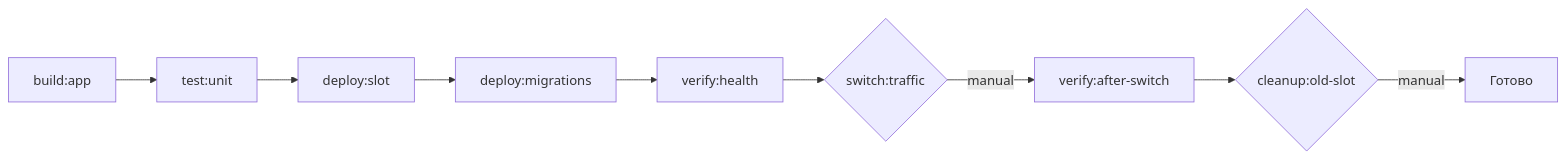
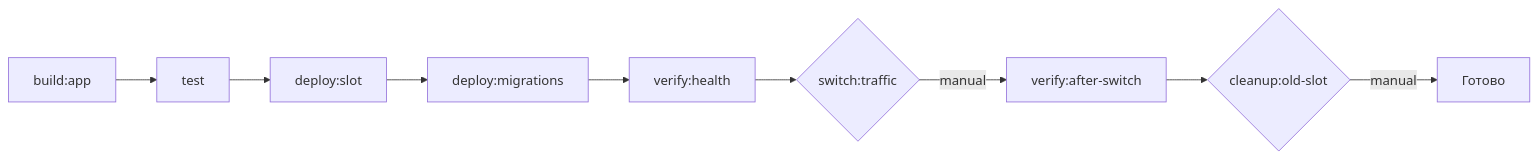
The sixth of 6 diagrams in README.md (otusteamedu/PHP_2025), drawn with Mermaid before and after one commit. The commit also changed other lines of this file and 67 other files, not shown here.

````diff
--- a/README.md
+++ b/README.md
@@ -486,11 +492,11 @@
 ```mermaid
 flowchart LR
-    B[build:app] --> T[test:unit]
+    B[build:app] --> T[test]
     T --> DS[deploy:slot]
     DS --> DM[deploy:migrations]
     DM --> VH[verify:health]
     VH --> SW{switch:traffic}
     SW -->|manual| PV[verify:after-switch]
     PV --> CO{cleanup:old-slot}
     CO -->|manual| DONE[Готово]
 ```
````
